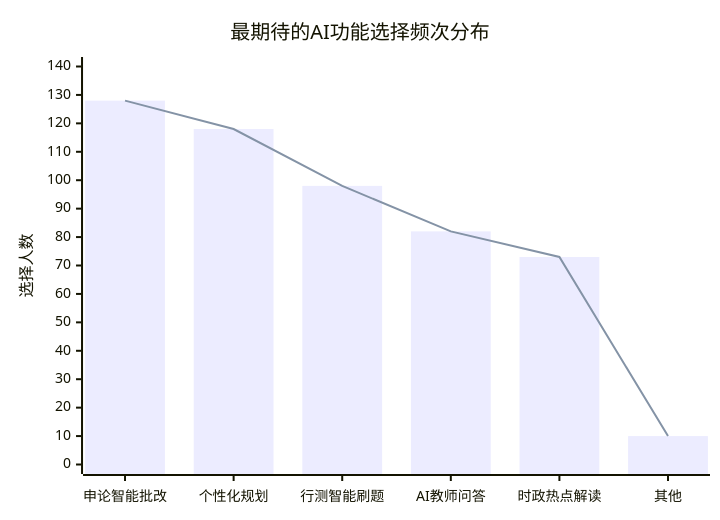
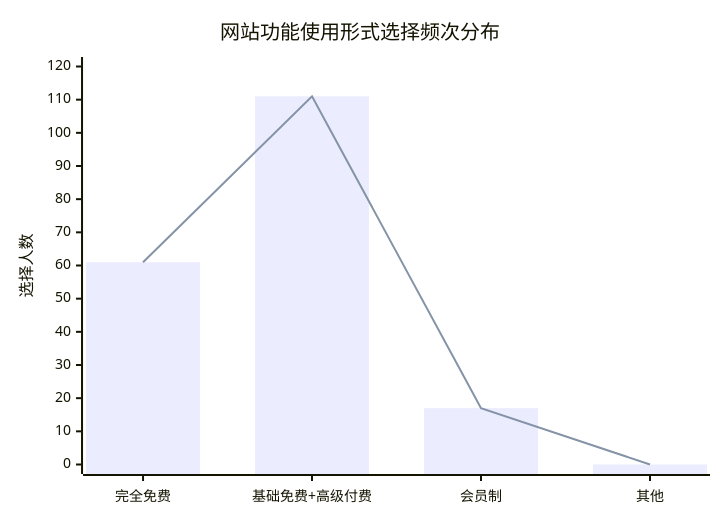
The diagram in all/未命名.md (SDH2333/iodraw-files), drawn with Mermaid before and after one commit.

Commit message:
2026-01-07 16:15:44 update

````diff
--- a/all/未命名.md
+++ b/all/未命名.md
@@ -1,8 +1,8 @@
 ```mermaid
 xychart-beta
-    title "最期待的AI功能选择频次分布"
-    x-axis ["申论智能批改", "个性化规划", "行测智能刷题", "AI教师问答", "时政热点解读", "其他"]
-    y-axis "选择人数" 0 --> 140
-    bar [128, 118, 98, 82, 73, 10]
-    line [128, 118, 98, 82, 73, 10]
+    title "网站功能使用形式选择频次分布"
+    x-axis ["完全免费", "基础免费+高级付费", "会员制", "其他"]
+    y-axis "选择人数" 0 --> 120
+    bar [61, 111, 17, 0]
+    line [61, 111, 17, 0]
 ```
````
